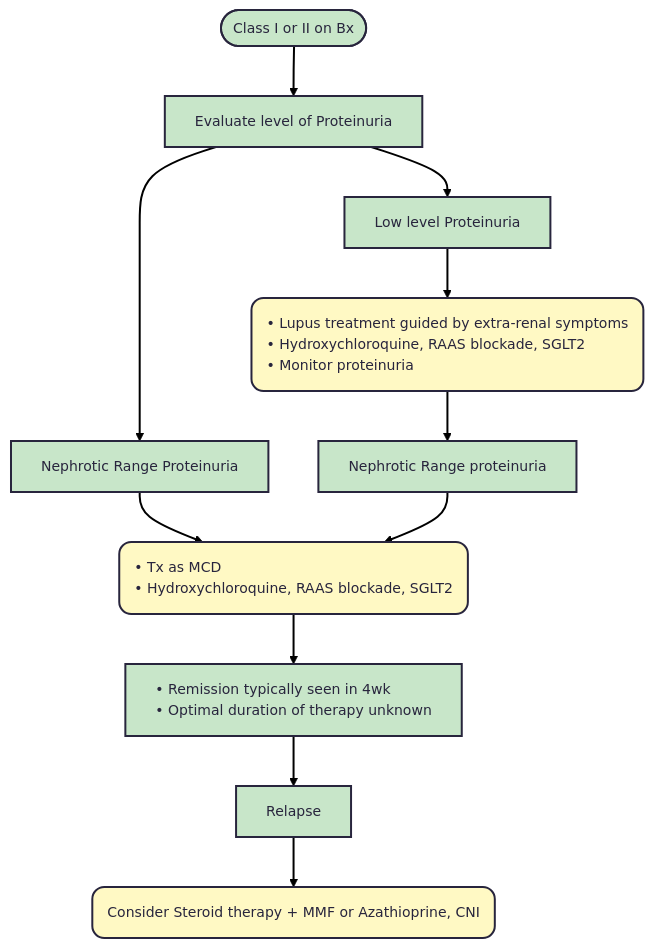
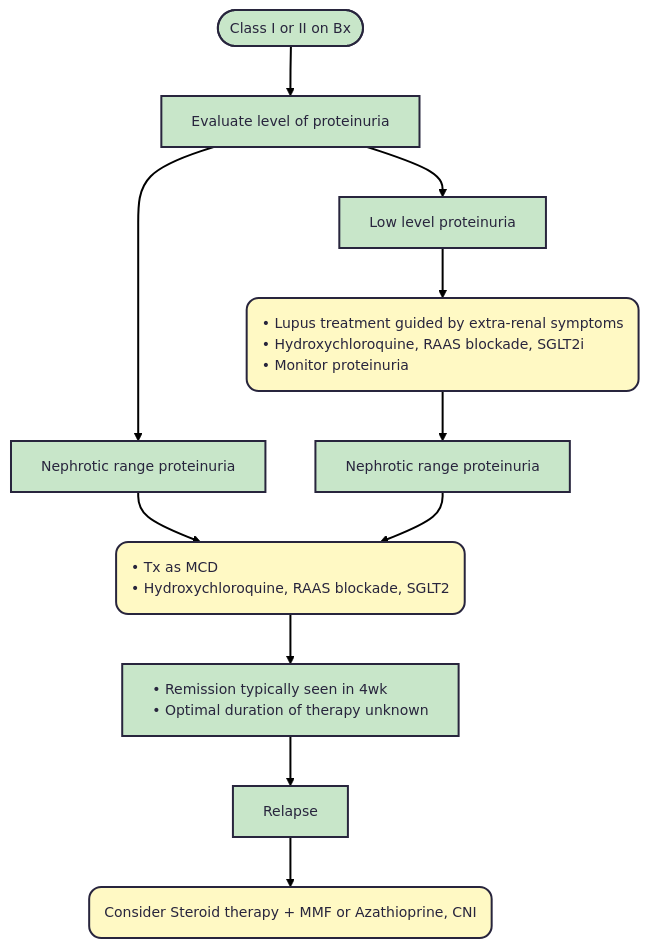
The first of 4 diagrams in docs/Lupus.md (TTUNEPH2025/GN), drawn with Mermaid before and after one commit.

````diff
--- a/docs/Lupus.md
+++ b/docs/Lupus.md
@@ -96,36 +96,36 @@
 ```mermaid
 ---
 config:
   theme: redux
   layout: dagre
 ---
 flowchart TB
-    A(["Class I or II on Bx"]) --> n1["Evaluate level of Proteinuria"]
-    n1 --> n2["Low level Proteinuria"] & n3["Nephrotic Range Proteinuria"]
+    A(["Class I or II on Bx"]) --> n1["Evaluate level of proteinuria"]
+    n1 --> n2["Low level proteinuria"] & n3["Nephrotic range proteinuria"]
     n2 --> n4["• Lupus treatment guided by extra-renal symptoms
-    • Hydroxychloroquine, RAAS blockade, SGLT2
+    • Hydroxychloroquine, RAAS blockade, SGLT2i
     • Monitor proteinuria"]
     n3 --> n5["• Tx as MCD 
     • Hydroxychloroquine, RAAS blockade, SGLT2"]
     n5 --> n6["• Remission typically seen in 4wk
     • Optimal duration of therapy unknown"]
     n6 --> n7["Relapse"]
     n7 --> n8["Consider Steroid therapy + MMF or Azathioprine, CNI"]
-    n4 --> n9["Nephrotic Range proteinuria"]
+    n4 --> n9["Nephrotic range proteinuria"]
     n9 --> n5
 
     n4@{ shape: rounded}
     n5@{ shape: rounded}
     n8@{ shape: rounded}
     style A fill:#C8E6C9
     style n1 fill:#C8E6C9
     style n2 fill:#C8E6C9
     style n3 fill:#C8E6C9,white-space:nowrap
     style n4 fill:#FFF9C4,text-align:left,white-space:nowrap
     style n5 fill:#FFF9C4,text-align:left,white-space:nowrap
     style n6 fill:#C8E6C9,text-align:left,white-space:nowrap
     style n7 fill:#C8E6C9
     style n8 fill:#FFF9C4,text-align:left,white-space:nowrap
     style n9 fill:#C8E6C9,white-space:nowrap
     click n5 "https://ttuneph2025.github.io/GN/MCD/"
 ```
````
